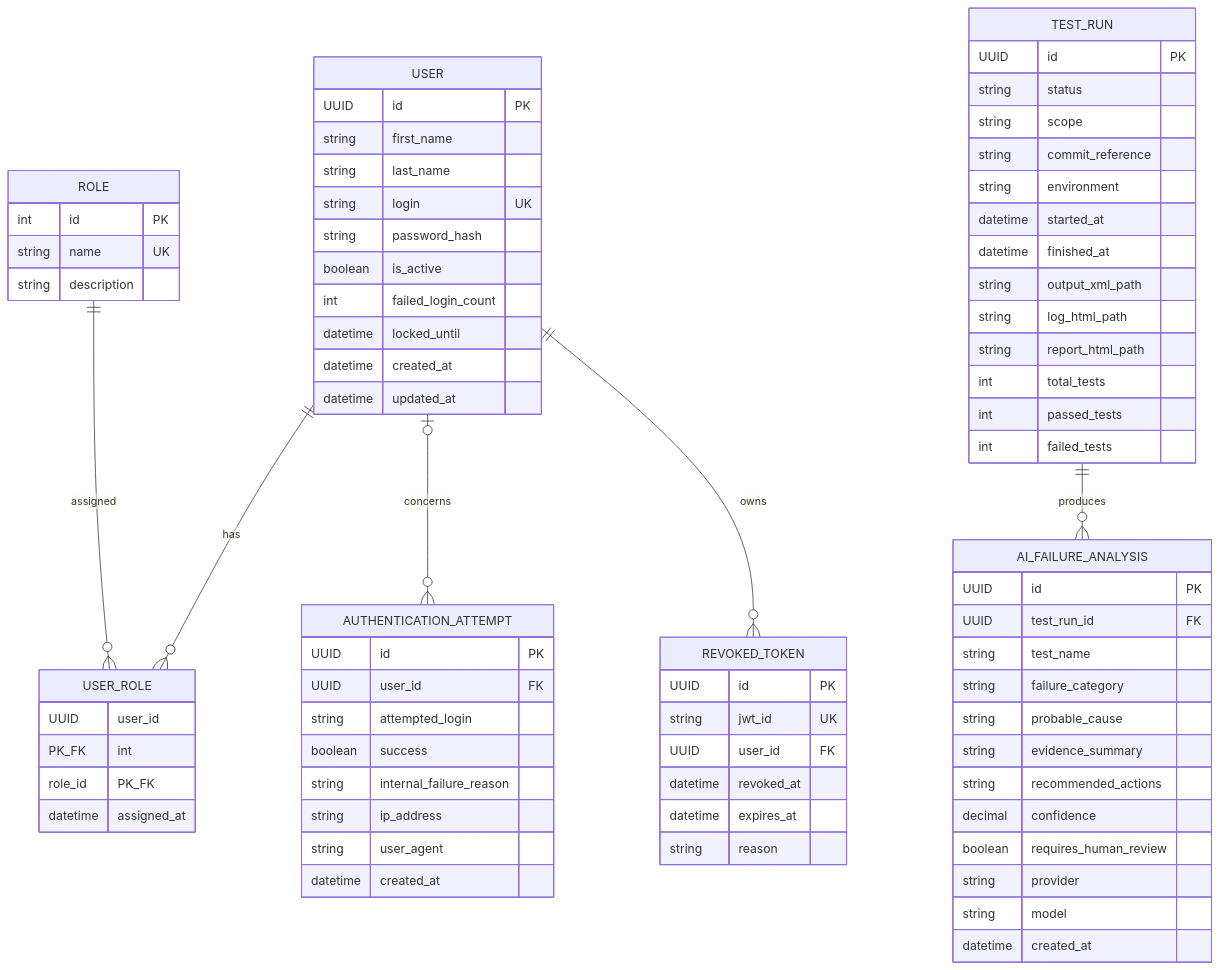
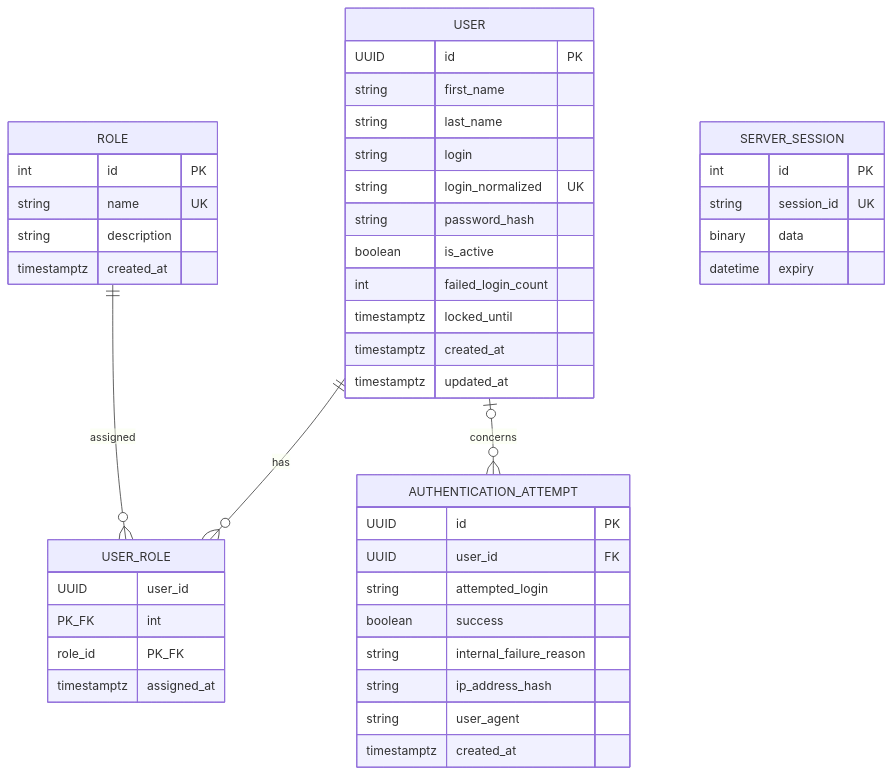
Before and after one commit to Mohamed-Fedi-Hamrouni/auth-test-ai: the diagram in docs/design/data-model.md, drawn with Mermaid. The commit also changed other lines of this file and 50 other files, not shown here.

````diff
--- a/docs/design/data-model.md
+++ b/docs/design/data-model.md
@@ -5,15 +5,11 @@
 ```mermaid
 erDiagram
   USER ||--o{ USER_ROLE : has
   ROLE ||--o{ USER_ROLE : assigned
   USER o|--o{ AUTHENTICATION_ATTEMPT : concerns
-  USER ||--o{ REVOKED_TOKEN : owns
-  TEST_RUN ||--o{ AI_FAILURE_ANALYSIS : produces
-  USER { UUID id PK string first_name string last_name string login UK string password_hash boolean is_active int failed_login_count datetime locked_until datetime created_at datetime updated_at }
-  ROLE { int id PK string name UK string description }
-  USER_ROLE { UUID user_id PK_FK int role_id PK_FK datetime assigned_at }
-  AUTHENTICATION_ATTEMPT { UUID id PK UUID user_id FK string attempted_login boolean success string internal_failure_reason string ip_address string user_agent datetime created_at }
-  REVOKED_TOKEN { UUID id PK string jwt_id UK UUID user_id FK datetime revoked_at datetime expires_at string reason }
-  TEST_RUN { UUID id PK string status string scope string commit_reference string environment datetime started_at datetime finished_at string output_xml_path string log_html_path string report_html_path int total_tests int passed_tests int failed_tests }
-  AI_FAILURE_ANALYSIS { UUID id PK UUID test_run_id FK string test_name string failure_category string probable_cause string evidence_summary string recommended_actions decimal confidence boolean requires_human_review string provider string model datetime created_at }
+  USER { UUID id PK string first_name string last_name string login string login_normalized UK string password_hash boolean is_active int failed_login_count timestamptz locked_until timestamptz created_at timestamptz updated_at }
+  ROLE { int id PK string name UK string description timestamptz created_at }
+  USER_ROLE { UUID user_id PK_FK int role_id PK_FK timestamptz assigned_at }
+  AUTHENTICATION_ATTEMPT { UUID id PK UUID user_id FK string attempted_login boolean success string internal_failure_reason string ip_address_hash string user_agent timestamptz created_at }
+  SERVER_SESSION { int id PK string session_id UK binary data datetime expiry }
 ```
````
